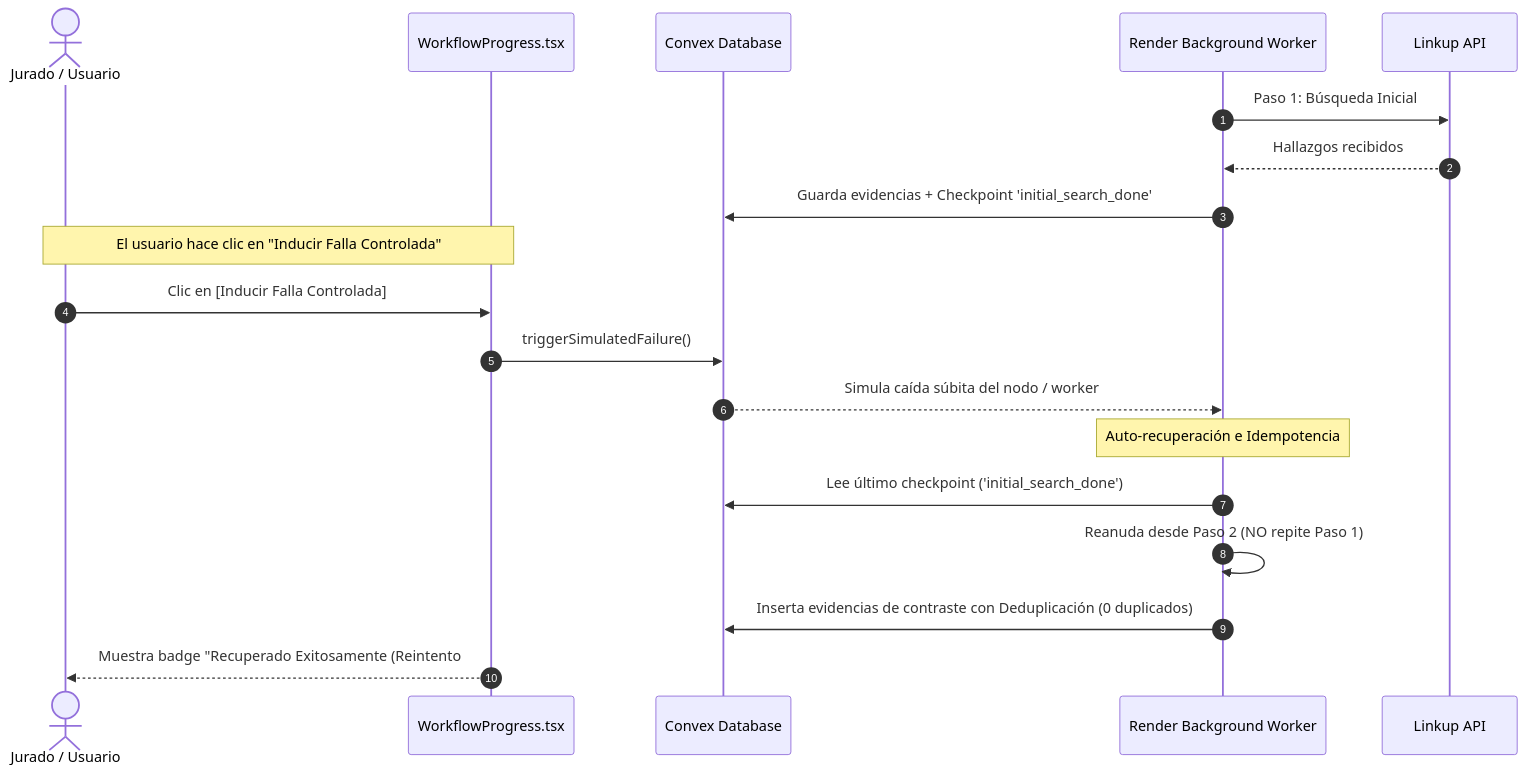
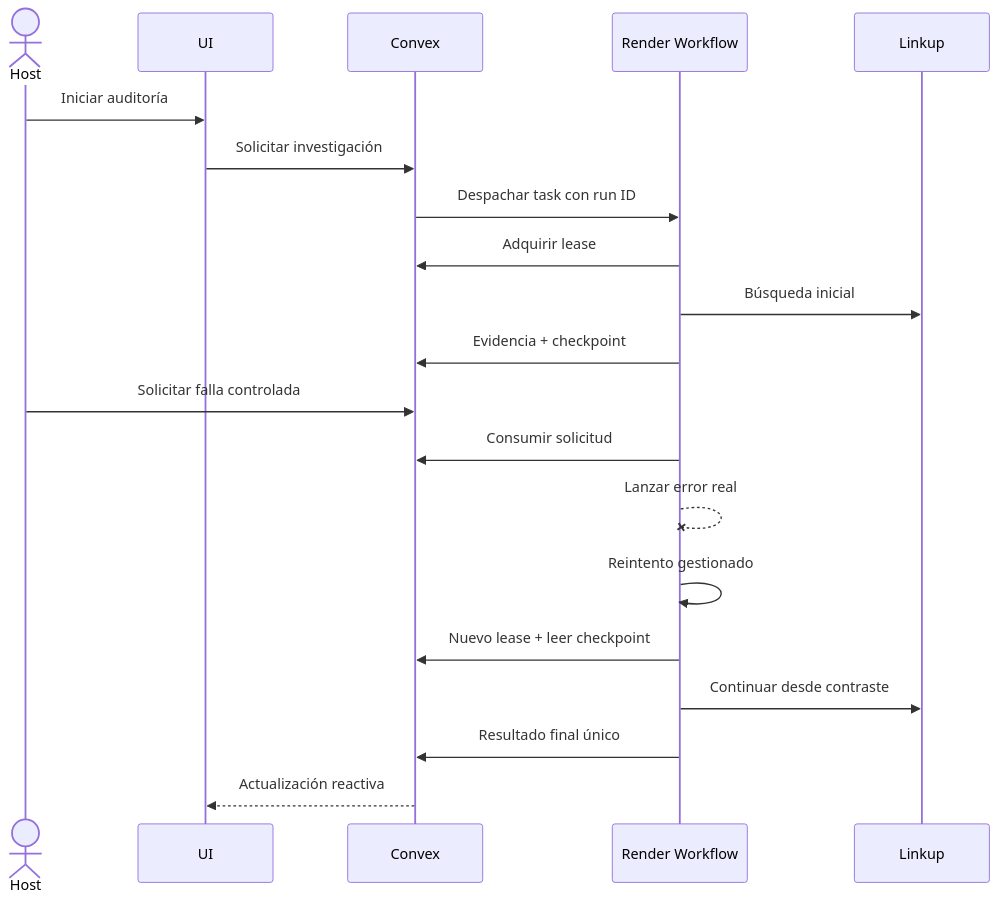
The second of 2 diagrams in docs/obsidian/04_DEEP_SEARCH_Y_BOTON_FALLA_RENDER.md (arenasantiago/burningtoken), drawn with Mermaid before and after one commit. The commit also changed other lines of this file and 10 other files, not shown here.

````diff
--- a/docs/obsidian/04_DEEP_SEARCH_Y_BOTON_FALLA_RENDER.md
+++ b/docs/obsidian/04_DEEP_SEARCH_Y_BOTON_FALLA_RENDER.md
@@ -16,24 +74,22 @@
 ```mermaid
 sequenceDiagram
-    autonumber
-    actor Juez as Jurado / Usuario
-    participant UI as WorkflowProgress.tsx
-    participant Convex as Convex Database
-    participant Worker as Render Background Worker
-    participant Linkup as Linkup API
-
-    Worker->>Linkup: Paso 1: Búsqueda Inicial
-    Linkup-->>Worker: Hallazgos recibidos
-    Worker->>Convex: Guarda evidencias + Checkpoint 'initial_search_done'
-    
-    Note over Juez,UI: El usuario hace clic en "Inducir Falla Controlada"
-    Juez->>UI: Clic en [Inducir Falla Controlada]
-    UI->>Convex: triggerSimulatedFailure()
-    Convex-->>Worker: Simula caída súbita del nodo / worker
-    
-    Note over Worker: Auto-recuperación e Idempotencia
-    Worker->>Convex: Lee último checkpoint ('initial_search_done')
-    Worker->>Worker: Reanuda desde Paso 2 (NO repite Paso 1)
-    Worker->>Convex: Inserta evidencias de contraste con Deduplicación (0 duplicados)
-    UI-->>Juez: Muestra badge "Recuperado Exitosamente (Reintento #1)"
+    actor Host
+    participant UI
+    participant C as Convex
+    participant R as Render Workflow
+    participant L as Linkup
+    Host->>UI: Iniciar auditoría
+    UI->>C: Solicitar investigación
+    C->>R: Despachar task con run ID
+    R->>C: Adquirir lease
+    R->>L: Búsqueda inicial
+    R->>C: Evidencia + checkpoint
+    Host->>C: Solicitar falla controlada
+    R->>C: Consumir solicitud
+    R--xR: Lanzar error real
+    R->>R: Reintento gestionado
+    R->>C: Nuevo lease + leer checkpoint
+    R->>L: Continuar desde contraste
+    R->>C: Resultado final único
+    C-->>UI: Actualización reactiva
 ```
````
